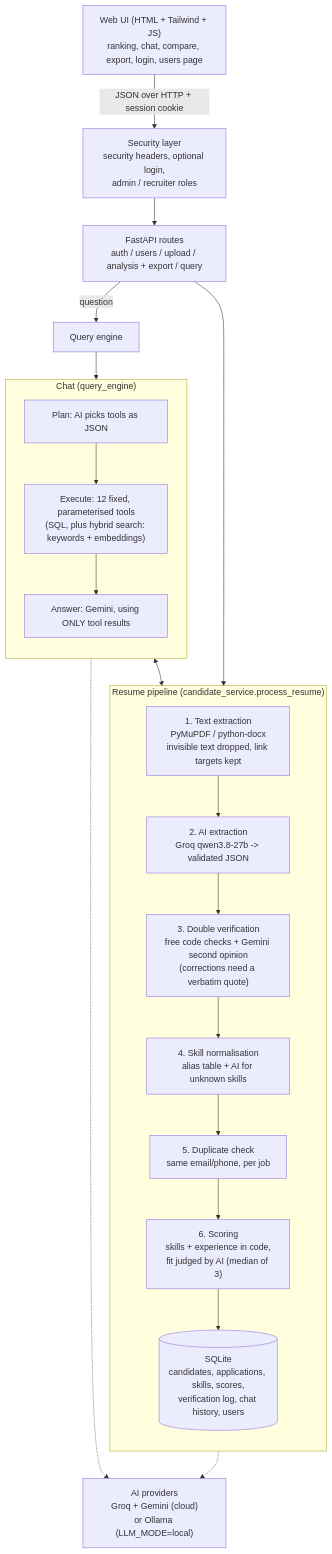
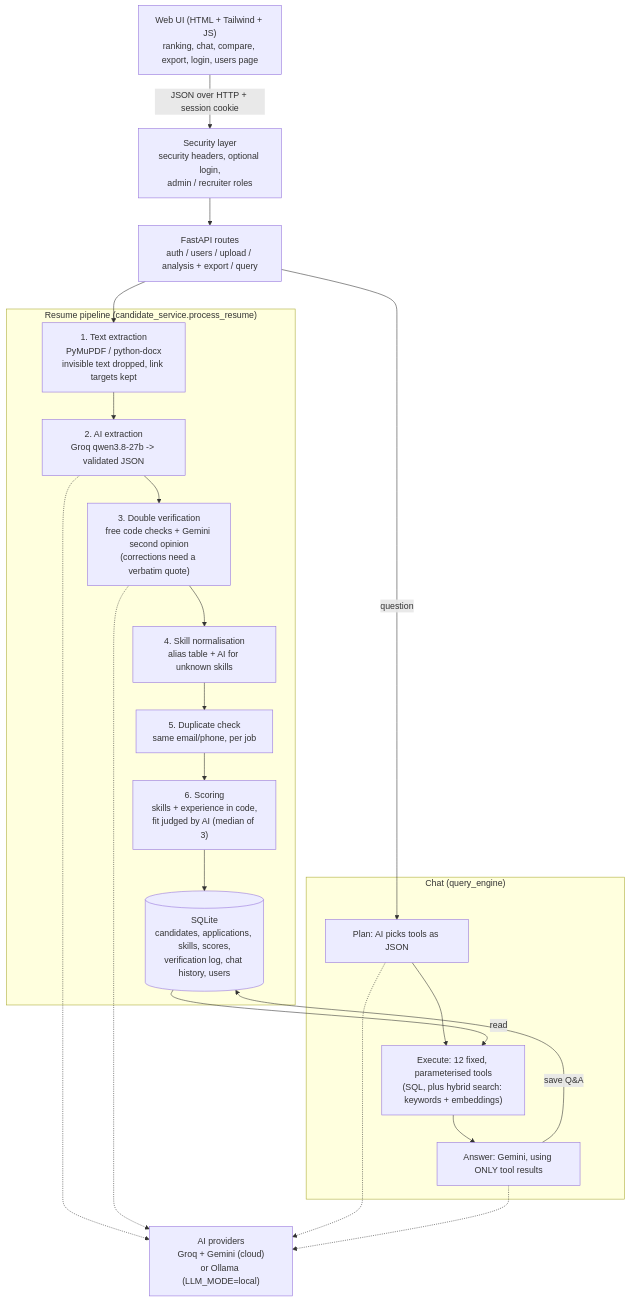
Before and after one commit to Malianurag07/recruitment-assessment-: the diagram in README.md, drawn with Mermaid.

Commit message:
Fix Mermaid diagram render error on GitHub

````diff
--- a/README.md
+++ b/README.md
@@ -53,29 +53,30 @@
 ```mermaid
 flowchart TD
     UI["Web UI (HTML + Tailwind + JS)<br/>ranking, chat, compare, export, login, users page"] -->|JSON over HTTP + session cookie| SEC["Security layer<br/>security headers, optional login,<br/>admin / recruiter roles"]
     SEC --> API["FastAPI routes<br/>auth / users / upload / analysis + export / query"]
+    API --> P1
+    API -->|question| C1
 
     subgraph Pipeline["Resume pipeline (candidate_service.process_resume)"]
-        direction TB
         P1["1. Text extraction<br/>PyMuPDF / python-docx<br/>invisible text dropped, link targets kept"] --> P2["2. AI extraction<br/>Groq qwen3.8-27b -> validated JSON"]
         P2 --> P3["3. Double verification<br/>free code checks + Gemini second opinion<br/>(corrections need a verbatim quote)"]
         P3 --> P4["4. Skill normalisation<br/>alias table + AI for unknown skills"]
         P4 --> P5["5. Duplicate check<br/>same email/phone, per job"]
         P5 --> P6["6. Scoring<br/>skills + experience in code,<br/>fit judged by AI (median of 3)"]
         P6 --> P7[("SQLite<br/>candidates, applications, skills, scores,<br/>verification log, chat history, users")]
     end
 
-    API --> P1
-    API -->|question| Chat["Query engine"]
     subgraph ChatFlow["Chat (query_engine)"]
-        direction TB
         C1["Plan: AI picks tools as JSON"] --> C2["Execute: 12 fixed, parameterised tools<br/>(SQL, plus hybrid search: keywords + embeddings)"]
         C2 --> C3["Answer: Gemini, using ONLY tool results"]
     end
-    Chat --> C1
-    C2 <--> P7
+
+    P7 -->|read| C2
+    C3 -->|save Q&amp;A| P7
 
     LLM["AI providers<br/>Groq + Gemini (cloud)<br/>or Ollama (LLM_MODE=local)"]
-    Pipeline -.-> LLM
-    ChatFlow -.-> LLM
+    P2 -.-> LLM
+    P3 -.-> LLM
+    C1 -.-> LLM
+    C3 -.-> LLM
 ```
````
